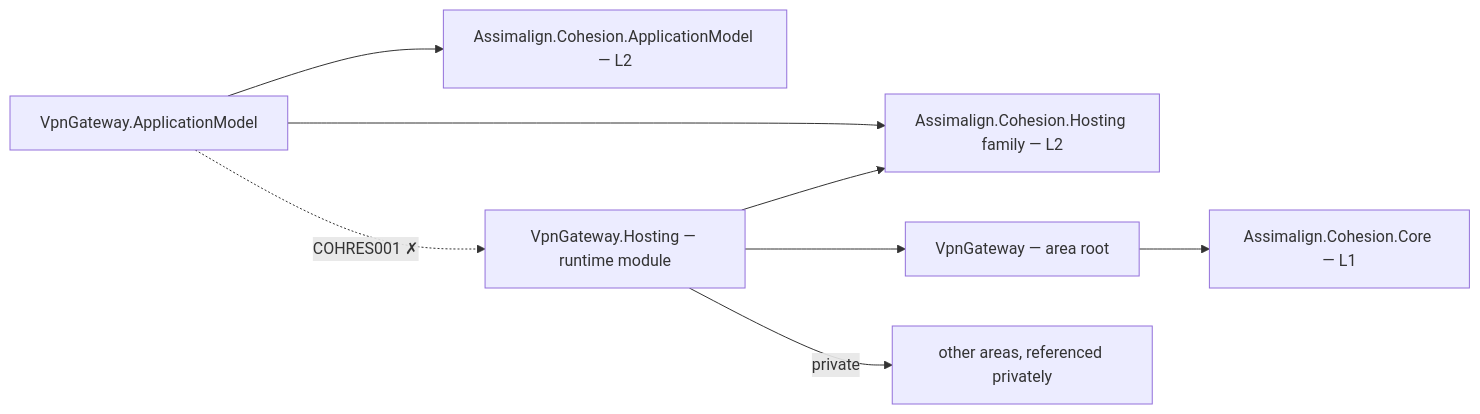
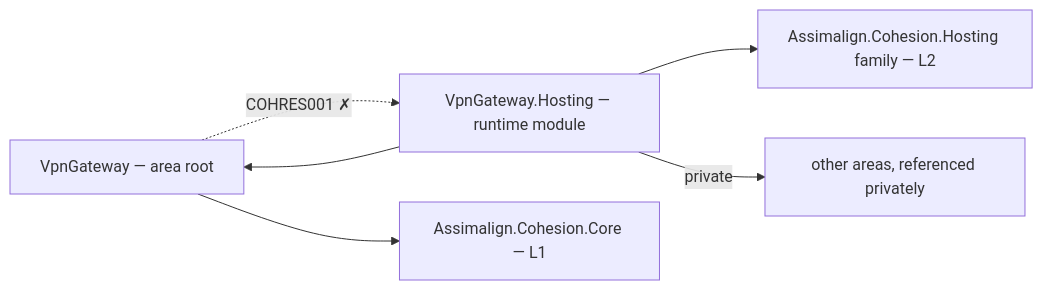
Before and after one commit to assimalign/cohesion: the diagram in resources/VpnGateway/README.md, drawn with Mermaid. The commit also changed other lines of this file and 441 other files, not shown here.

````diff
--- a/resources/VpnGateway/README.md
+++ b/resources/VpnGateway/README.md
@@ -12,17 +12,13 @@
 ```mermaid
 flowchart LR
     P0["VpnGateway — area root"]
-    P1["VpnGateway.ApplicationModel"]
     P2["VpnGateway.Hosting — runtime module"]
     CORE["Assimalign.Cohesion.Core — L1"]
     HOSTFAM["Assimalign.Cohesion.Hosting family — L2"]
-    APPMODEL["Assimalign.Cohesion.ApplicationModel — L2"]
     PRIV["other areas, referenced privately"]
     P0 --> CORE
-    P1 --> APPMODEL
-    P1 --> HOSTFAM
     P2 --> HOSTFAM
     P2 --> P0
     P2 -->|"private"| PRIV
-    P1 -.->|"COHRES001 ✗"| P2
+    P0 -.->|"COHRES001 ✗"| P2
 ```
````
